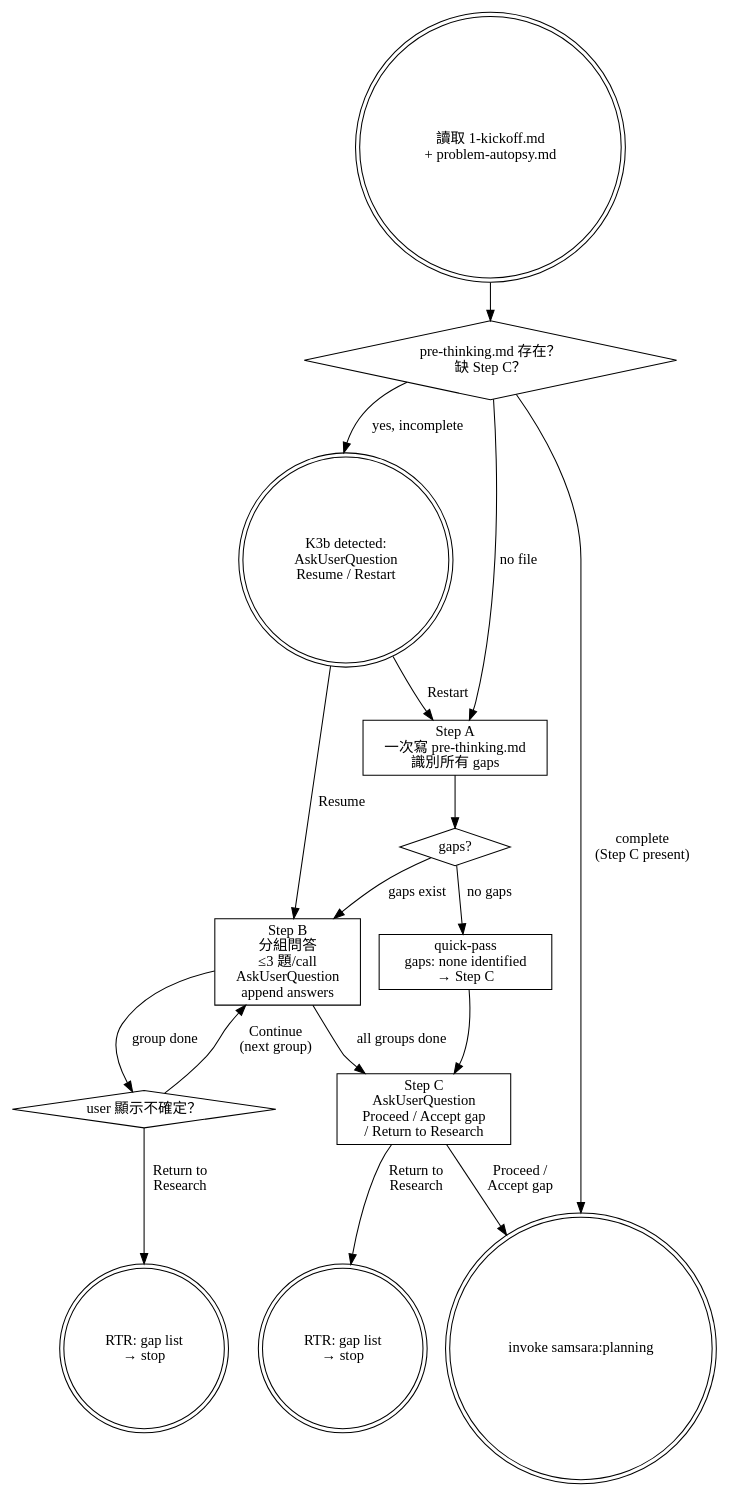
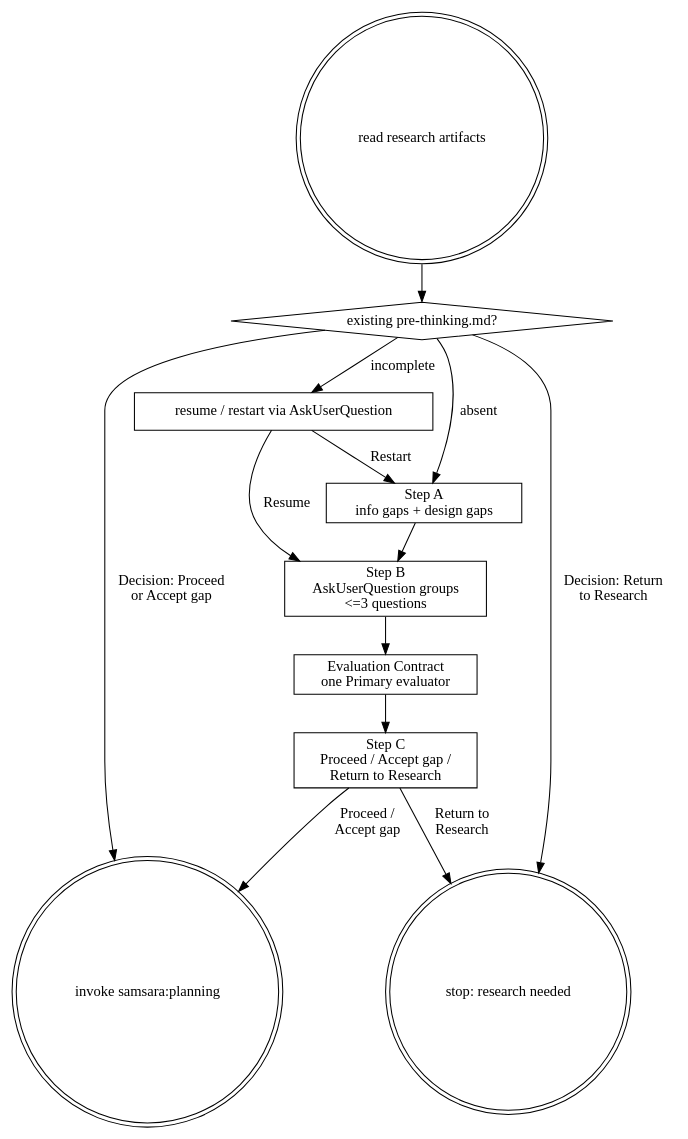
One commit to roymondliao/samsara changed the diagram in skills/pre-thinking/SKILL.md. Above: the diagram before and after it, drawn with Graphviz. The commit also changed other lines of this file and 20 other files, not shown here.

Commit message:
feat(samsara): enhance pre-thinking evaluation contract

````diff
--- a/skills/pre-thinking/SKILL.md
+++ b/skills/pre-thinking/SKILL.md
@@ -18,34 +18,27 @@
 ```dot
 digraph pre_thinking {
     node [shape=box];
-    start [label="讀取 1-kickoff.md\n+ problem-autopsy.md" shape=doublecircle];
-    k3b [label="pre-thinking.md 存在？\n缺 Step C？" shape=diamond];
-    resume [label="K3b detected:\nAskUserQuestion\nResume / Restart" shape=doublecircle];
-    step_a [label="Step A\n一次寫 pre-thinking.md\n識別所有 gaps"];
-    has_gaps [label="gaps?" shape=diamond];
-    quick [label="quick-pass\ngaps: none identified\n→ Step C"];
-    step_b [label="Step B\n分組問答\n≤3 題/call\nAskUserQuestion\nappend answers"];
-    uncertain [label="user 顯示不確定？" shape=diamond];
-    rtr_mid [label="RTR: gap list\n→ stop" shape=doublecircle];
-    step_c [label="Step C\nAskUserQuestion\nProceed / Accept gap\n/ Return to Research"];
+    start [label="read research artifacts" shape=doublecircle];
+    k3b [label="existing pre-thinking.md?" shape=diamond];
+    recover [label="resume / restart via AskUserQuestion"];
+    map [label="Step A\ninfo gaps + design gaps"];
+    ask [label="Step B\nAskUserQuestion groups\n<=3 questions"];
+    eval [label="Evaluation Contract\none Primary evaluator"];
+    commit [label="Step C\nProceed / Accept gap /\nReturn to Research"];
     planning [label="invoke samsara:planning" shape=doublecircle];
-    rtr_end [label="RTR: gap list\n→ stop" shape=doublecircle];
+    stop [label="stop: research needed" shape=doublecircle];
 
     start -> k3b;
-    k3b -> resume [label="yes, incomplete"];
-    k3b -> step_a [label="no file"];
-    k3b -> planning [label="complete\n(Step C present)"];
-    resume -> step_a [label="Restart"];
-    resume -> step_b [label="Resume"];
-    step_a -> has_gaps;
-    has_gaps -> quick [label="no gaps"];
-    has_gaps -> step_b [label="gaps exist"];
-    quick -> step_c;
-    step_b -> uncertain [label="group done"];
-    uncertain -> step_b [label="Continue\n(next group)"];
-    uncertain -> rtr_mid [label="Return to\nResearch"];
-    step_b -> step_c [label="all groups done"];
-    step_c -> planning [label="Proceed /\nAccept gap"];
-    step_c -> rtr_end [label="Return to\nResearch"];
+    k3b -> recover [label="incomplete"];
+    k3b -> planning [label="Decision: Proceed\nor Accept gap"];
+    k3b -> stop [label="Decision: Return\nto Research"];
+    k3b -> map [label="absent"];
+    recover -> ask [label="Resume"];
+    recover -> map [label="Restart"];
+    map -> ask;
+    ask -> eval;
+    eval -> commit;
+    commit -> planning [label="Proceed /\nAccept gap"];
+    commit -> stop [label="Return to\nResearch"];
 }
 ```
````
